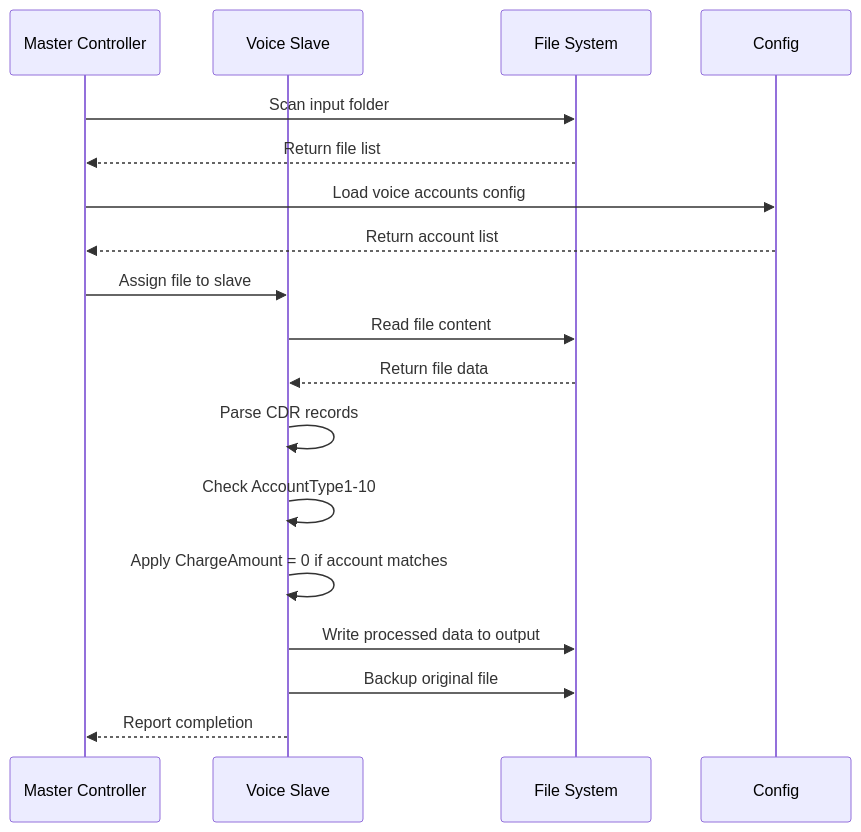
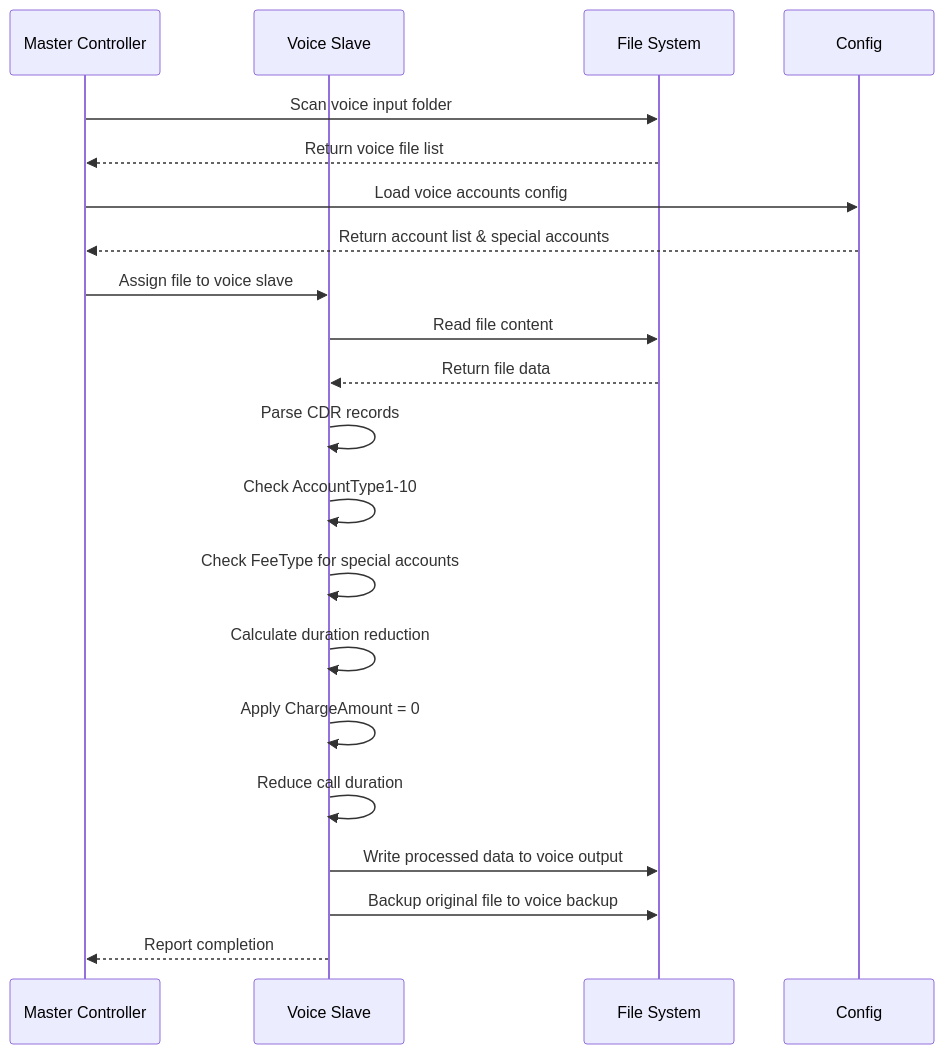
The third of 8 diagrams in Documents/CDR_Processing_System_Design.md (vitconhocboi/moz_cdr_process), drawn with Mermaid before and after one commit. The commit also changed other lines of this file and 25 other files, not shown here.

Commit message:
voice data

````diff
--- a/Documents/CDR_Processing_System_Design.md
+++ b/Documents/CDR_Processing_System_Design.md
@@ -221,21 +645,24 @@
 ```mermaid
 sequenceDiagram
     participant M as Master Controller
     participant S as Voice Slave
     participant F as File System
     participant C as Config
 
-    M->>F: Scan input folder
-    F-->>M: Return file list
+    M->>F: Scan voice input folder
+    F-->>M: Return voice file list
     M->>C: Load voice accounts config
-    C-->>M: Return account list
-    M->>S: Assign file to slave
+    C-->>M: Return account list & special accounts
+    M->>S: Assign file to voice slave
     S->>F: Read file content
     F-->>S: Return file data
     S->>S: Parse CDR records
     S->>S: Check AccountType1-10
-    S->>S: Apply ChargeAmount = 0 if account matches
-    S->>F: Write processed data to output
-    S->>F: Backup original file
+    S->>S: Check FeeType for special accounts
+    S->>S: Calculate duration reduction
+    S->>S: Apply ChargeAmount = 0
+    S->>S: Reduce call duration
+    S->>F: Write processed data to voice output
+    S->>F: Backup original file to voice backup
     S-->>M: Report completion
 ```
````
